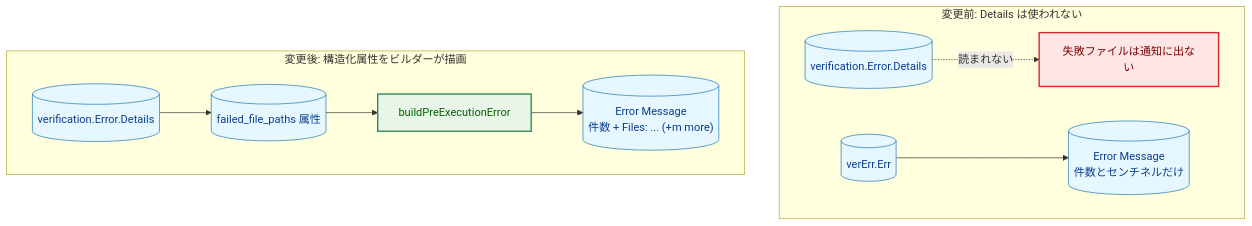
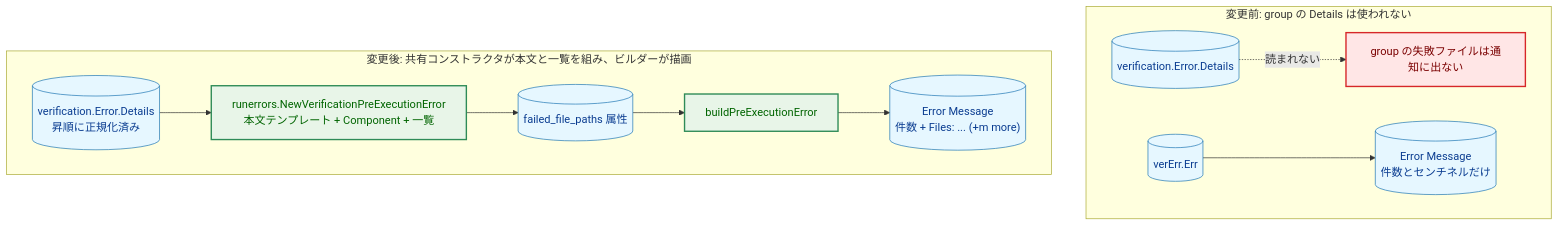
Before and after one commit to isseis/go-safe-cmd-runner: the third of 10 diagrams in docs/tasks/0175_group_verification_error_failed_files/02_architecture.md, drawn with Mermaid. The commit also changed other lines of this file and 1 other file, not shown here.

First line of the commit message:
docs(0175): unify global and group verification error reporting

````diff
--- a/docs/tasks/0175_group_verification_error_failed_files/02_architecture.md
+++ b/docs/tasks/0175_group_verification_error_failed_files/02_architecture.md
@@ -137,29 +148,31 @@
 ```mermaid
 flowchart TD
     classDef data fill:#e6f7ff,stroke:#1f77b4,stroke-width:1px,color:#0b3d91;
     classDef process fill:#fff1e6,stroke:#ff7f0e,stroke-width:1px,color:#8a3e00;
     classDef problem fill:#ffe6e6,stroke:#d62728,stroke-width:2px,color:#7b0000;
     classDef enhanced fill:#e8f5e8,stroke:#2e8b57,stroke-width:2px,color:#006400;
 
-    subgraph BEFORE["変更前: Details は使われない"]
+    subgraph BEFORE["変更前: group の Details は使われない"]
         V1[("verification.Error.Details")]
         E1[("verErr.Err")]
         M1[("Error Message<br>件数とセンチネルだけ")]
-        V1 -.->|"読まれない"| DROP["失敗ファイルは通知に出ない"]
+        V1 -.->|"読まれない"| DROP["group の失敗ファイルは通知に出ない"]
         E1 --> M1
         class DROP problem
     end
 
-    subgraph AFTER["変更後: 構造化属性をビルダーが描画"]
-        V2[("verification.Error.Details")]
+    subgraph AFTER["変更後: 共有コンストラクタが本文と一覧を組み、ビルダーが描画"]
+        V2[("verification.Error.Details<br>昇順に正規化済み")]
+        C2["runerrors.NewVerificationPreExecutionError<br>本文テンプレート + Component + 一覧"]
         F2[("failed_file_paths 属性")]
         B2["buildPreExecutionError"]
         M2[("Error Message<br>件数 + Files: ... (+m more)")]
-        V2 --> F2
+        V2 --> C2
+        C2 --> F2
         F2 --> B2
         B2 --> M2
-        class B2 enhanced
+        class C2,B2 enhanced
     end
 
     class V1,E1,M1,V2,F2,M2 data
 ```
````
